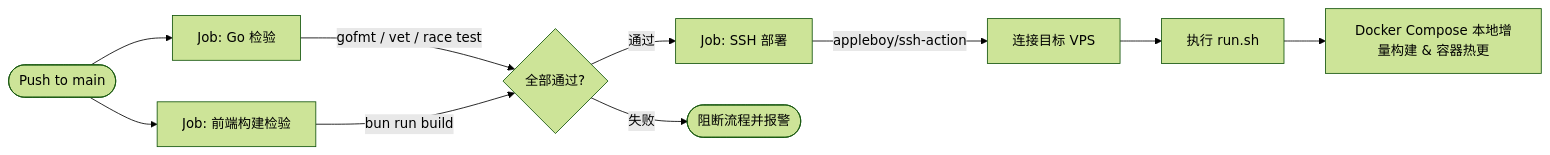
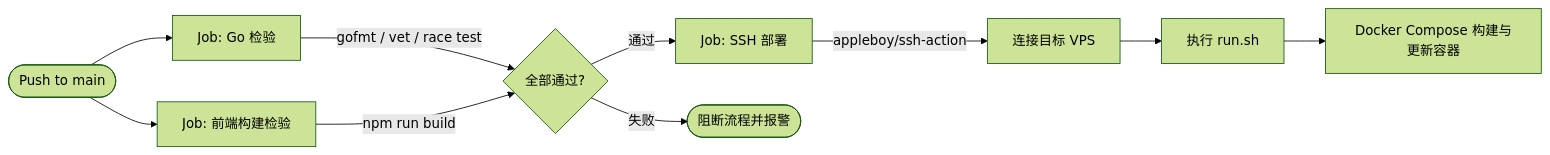
Before and after one commit to exzco/jnsecBBS: the second of 3 diagrams in README.md, drawn with Mermaid (forest theme). The commit also changed other lines of this file and 52 other files, not shown here.

````diff
--- a/README.md
+++ b/README.md
@@ -76,15 +77,15 @@
 ```mermaid
 flowchart LR
     Push([Push to main]) --> CI_Go[Job: Go 检验]
     Push --> CI_Front[Job: 前端构建检验]
     
     CI_Go -->|gofmt / vet / race test| Gate{全部通过?}
-    CI_Front -->|bun run build| Gate
+    CI_Front -->|npm run build| Gate
     
     Gate -->|通过| Deploy[Job: SSH 部署]
     Gate -->|失败| Block([阻断流程并报警])
     
     Deploy -->|appleboy/ssh-action| SSH[连接目标 VPS]
     SSH --> RunScript[执行 run.sh]
-    RunScript --> Compose[Docker Compose 本地增量构建 & 容器热更]
+    RunScript --> Compose[Docker Compose 构建与更新容器]
 ```
````
